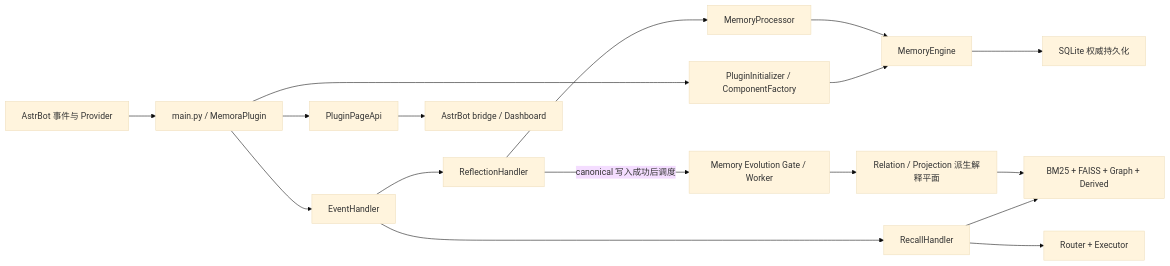
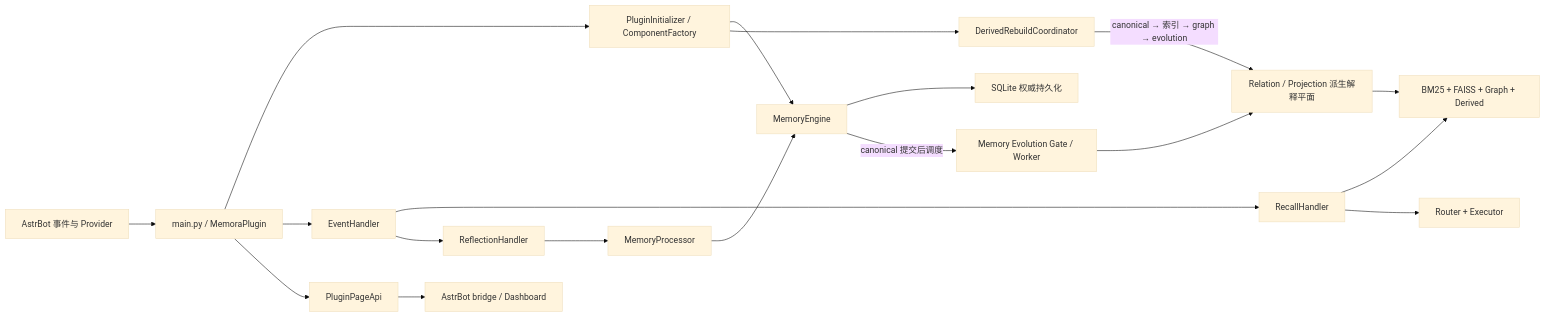
The diagram in AGENTS.md (INSide-734/astrbot_plugin_memora), drawn with Mermaid (base theme) before and after one commit. The commit also changed other lines of this file, not shown here.

First line of the commit message:
docs(memory): record P0 integrity implementation

````diff
--- a/AGENTS.md
+++ b/AGENTS.md
@@ -11,19 +11,21 @@
 ```mermaid
 flowchart LR
     AstrBot["AstrBot 事件与 Provider"] --> Plugin["main.py / MemoraPlugin"]
     Plugin --> Init["PluginInitializer / ComponentFactory"]
     Plugin --> Events["EventHandler"]
     Plugin --> API["PluginPageApi"]
     Init --> Engine["MemoryEngine"]
     Events --> Recall["RecallHandler"]
     Events --> Reflect["ReflectionHandler"]
     Recall --> Retrieval["BM25 + FAISS + Graph + Derived"]
     Recall --> Injection["Router + Executor"]
     Reflect --> Processor["MemoryProcessor"]
     Processor --> Engine
     Engine --> SQLite["SQLite 权威持久化"]
-    Reflect -->|canonical 写入成功后调度| Evolution["Memory Evolution Gate / Worker"]
+    Engine -->|canonical 提交后调度| Evolution["Memory Evolution Gate / Worker"]
     Evolution --> Derived["Relation / Projection 派生解释平面"]
     Derived --> Retrieval
+    Init --> Rebuild["DerivedRebuildCoordinator"]
+    Rebuild -->|canonical → 索引 → graph → evolution| Derived
     API --> Dashboard["AstrBot bridge / Dashboard"]
 ```
````
